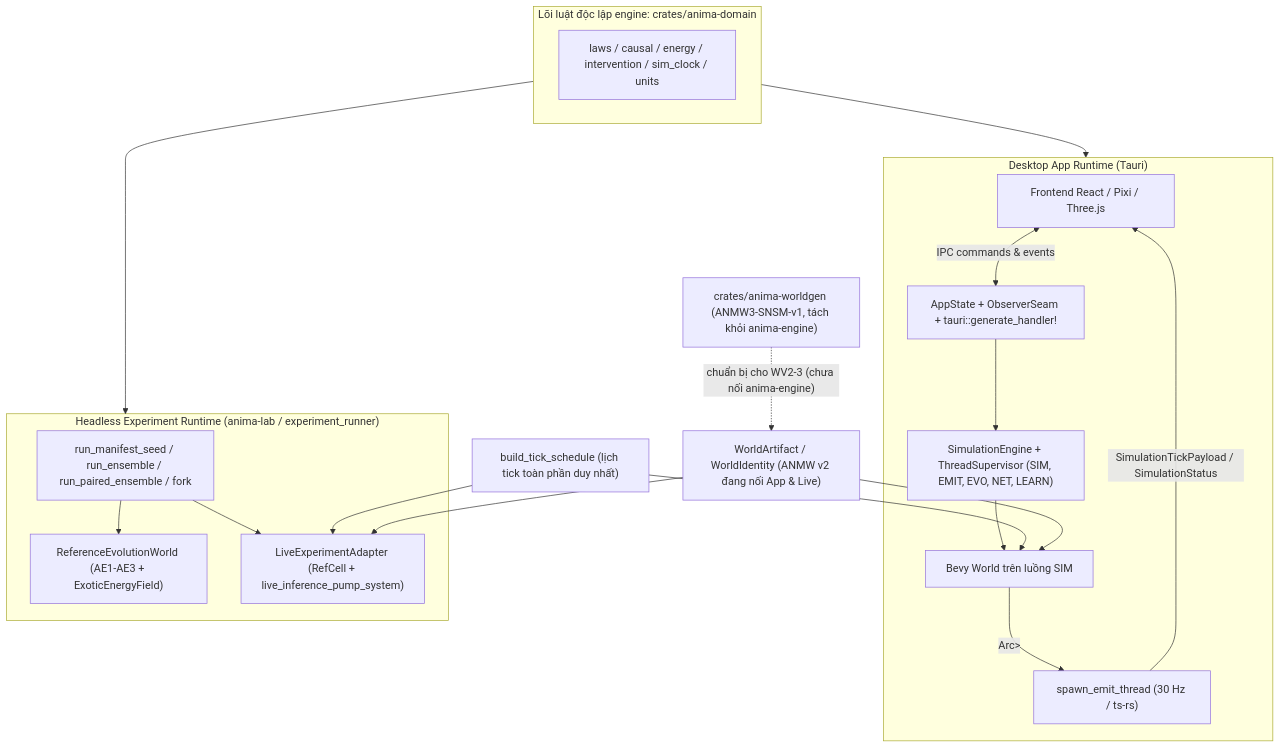
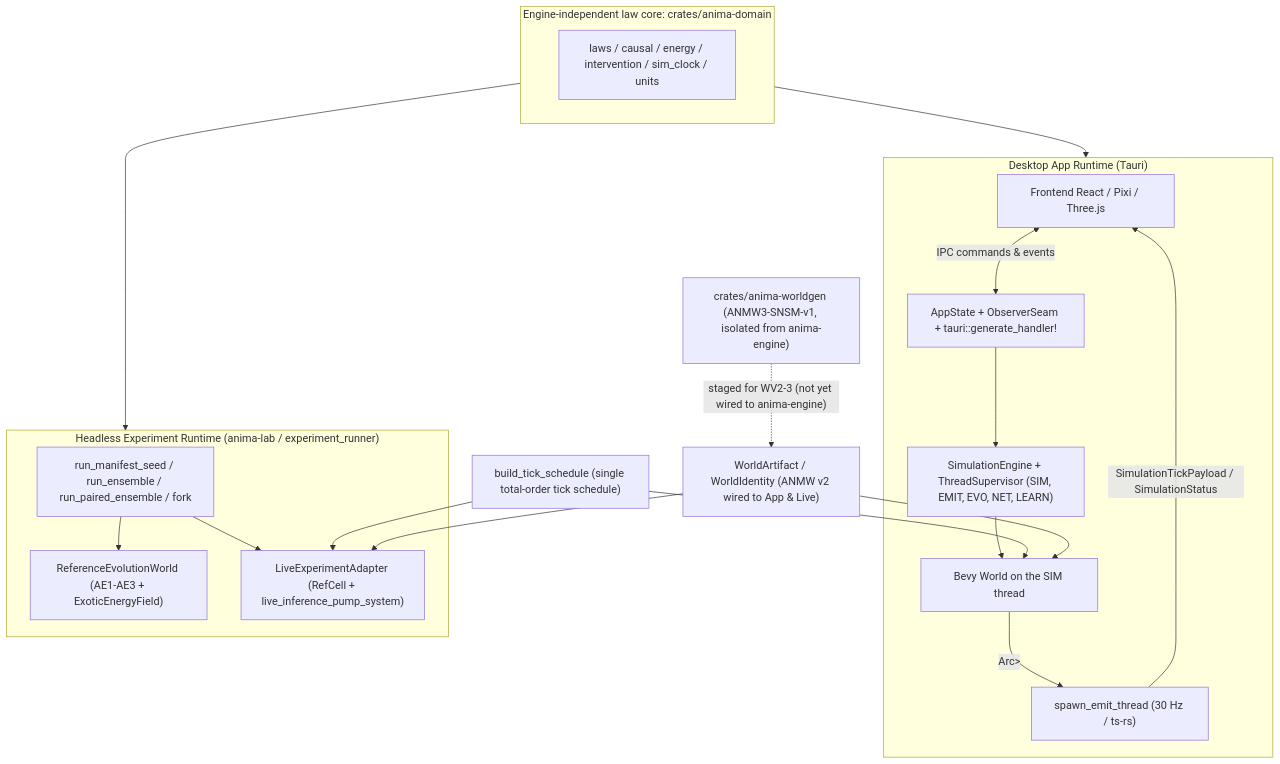
One commit to DuongNAD/Anima-Engine changed the diagram in docs/explanation/ARCHITECTURE.md. Above: the diagram before and after it, drawn with Mermaid. The commit also changed other lines of this file and 2 other files, not shown here.

````diff
--- a/docs/explanation/ARCHITECTURE.md
+++ b/docs/explanation/ARCHITECTURE.md
@@ -27,39 +27,39 @@
 ```mermaid
 flowchart TB
-    subgraph Domain["Lõi luật độc lập engine: crates/anima-domain"]
+    subgraph Domain["Engine-independent law core: crates/anima-domain"]
         Laws["laws / causal / energy / intervention / sim_clock / units"]
     end
 
     subgraph Desktop["Desktop App Runtime (Tauri)"]
         UI["Frontend React / Pixi / Three.js"]
         IPC["AppState + ObserverSeam + tauri::generate_handler!"]
         Eng["SimulationEngine + ThreadSupervisor (SIM, EMIT, EVO, NET, LEARN)"]
-        SimWorld["Bevy World trên luồng SIM"]
+        SimWorld["Bevy World on the SIM thread"]
         Emit["spawn_emit_thread (30 Hz / ts-rs)"]
         UI <-->|"IPC commands & events"| IPC
         IPC --> Eng
         Eng --> SimWorld
         SimWorld -->|"Arc<RwLock<...>>"| Emit
         Emit -->|"SimulationTickPayload / SimulationStatus"| UI
     end
 
     subgraph Headless["Headless Experiment Runtime (anima-lab / experiment_runner)"]
         Runner["run_manifest_seed / run_ensemble / run_paired_ensemble / fork"]
         Ref["ReferenceEvolutionWorld (AE1-AE3 + ExoticEnergyField)"]
         Live["LiveExperimentAdapter (RefCell<World> + live_inference_pump_system)"]
         Runner --> Ref
         Runner --> Live
     end
 
-    Sched["build_tick_schedule (lịch tick toàn phần duy nhất)"]
-    WG["crates/anima-worldgen (ANMW3-SNSM-v1, tách khỏi anima-engine)"]
-    WA["WorldArtifact / WorldIdentity (ANMW v2 đang nối App & Live)"]
+    Sched["build_tick_schedule (single total-order tick schedule)"]
+    WG["crates/anima-worldgen (ANMW3-SNSM-v1, isolated from anima-engine)"]
+    WA["WorldArtifact / WorldIdentity (ANMW v2 wired to App & Live)"]
 
     Domain --> Desktop
     Domain --> Headless
     Sched --> SimWorld
     Sched --> Live
     WA --> SimWorld
     WA --> Live
-    WG -. "chuẩn bị cho WV2-3 (chưa nối anima-engine)" .-> WA
+    WG -. "staged for WV2-3 (not yet wired to anima-engine)" .-> WA
 ```
````
